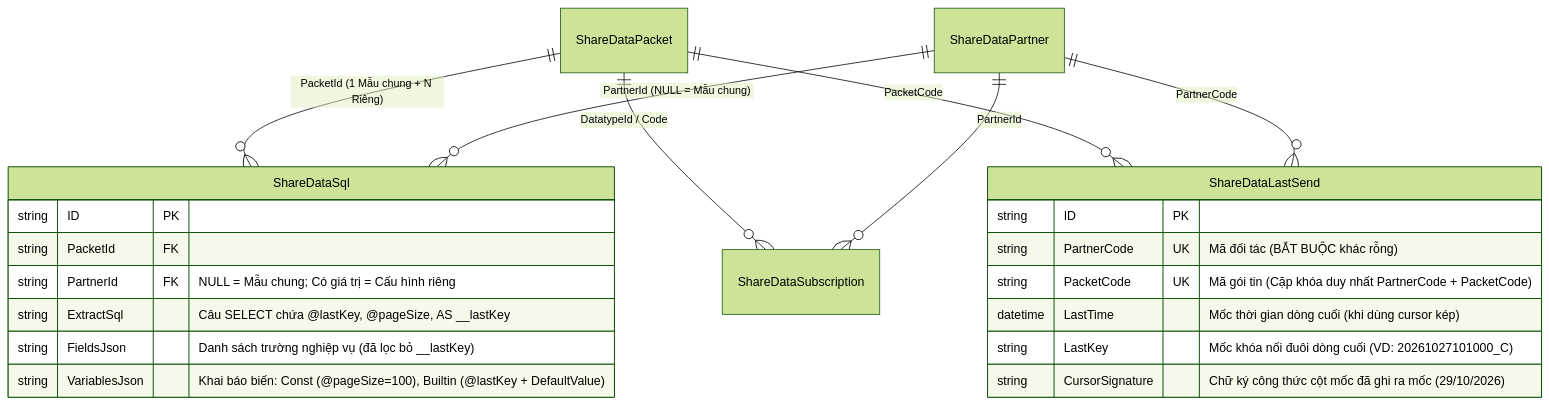
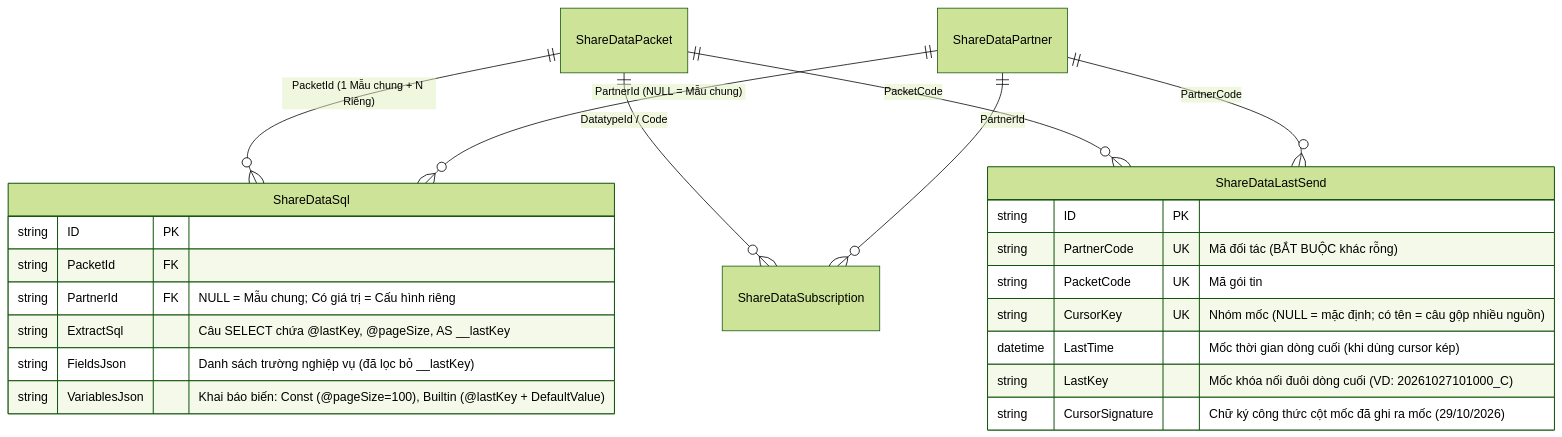
Before and after one commit to DatHoang29/ThienAn: the first of 3 diagrams in DocBusinessThienAn/HữuNghị-ChiLăng/ShareData/doc/transcript/28-10-2026-sharedata-xu-ly-noi-key-3-phuong-an-lastkey-va-toi-uu-hieu-nang.md, drawn with Mermaid (forest theme). The commit also changed other lines of this file and 24 other files, not shown here.

````diff
--- a/DocBusinessThienAn/HữuNghị-ChiLăng/ShareData/doc/transcript/28-10-2026-sharedata-xu-ly-noi-key-3-phuong-an-lastkey-va-toi-uu-hieu-nang.md
+++ b/DocBusinessThienAn/HữuNghị-ChiLăng/ShareData/doc/transcript/28-10-2026-sharedata-xu-ly-noi-key-3-phuong-an-lastkey-va-toi-uu-hieu-nang.md
@@ -613,27 +615,28 @@
 ```mermaid
 erDiagram
     ShareDataPacket ||--o{ ShareDataSql : "PacketId (1 Mẫu chung + N Riêng)"
     ShareDataPartner ||--o{ ShareDataSql : "PartnerId (NULL = Mẫu chung)"
     ShareDataPacket ||--o{ ShareDataSubscription : "DatatypeId / Code"
     ShareDataPartner ||--o{ ShareDataSubscription : "PartnerId"
     ShareDataPacket ||--o{ ShareDataLastSend : "PacketCode"
     ShareDataPartner ||--o{ ShareDataLastSend : "PartnerCode"
 
     ShareDataSql {
         string ID PK
         string PacketId FK
         string PartnerId FK "NULL = Mẫu chung; Có giá trị = Cấu hình riêng"
         string ExtractSql "Câu SELECT chứa @lastKey, @pageSize, AS __lastKey"
         string FieldsJson "Danh sách trường nghiệp vụ (đã lọc bỏ __lastKey)"
         string VariablesJson "Khai báo biến: Const (@pageSize=100), Builtin (@lastKey + DefaultValue)"
     }
 
     ShareDataLastSend {
         string ID PK
         string PartnerCode UK "Mã đối tác (BẮT BUỘC khác rỗng)"
-        string PacketCode UK "Mã gói tin (Cặp khóa duy nhất PartnerCode + PacketCode)"
+        string PacketCode UK "Mã gói tin"
+        string CursorKey UK "Nhóm mốc (NULL = mặc định; có tên = câu gộp nhiều nguồn)"
         datetime LastTime "Mốc thời gian dòng cuối (khi dùng cursor kép)"
         string LastKey "Mốc khóa nối đuôi dòng cuối (VD: 20261027101000_C)"
         string CursorSignature "Chữ ký công thức cột mốc đã ghi ra mốc (29/10/2026)"
     }
 ```
````
